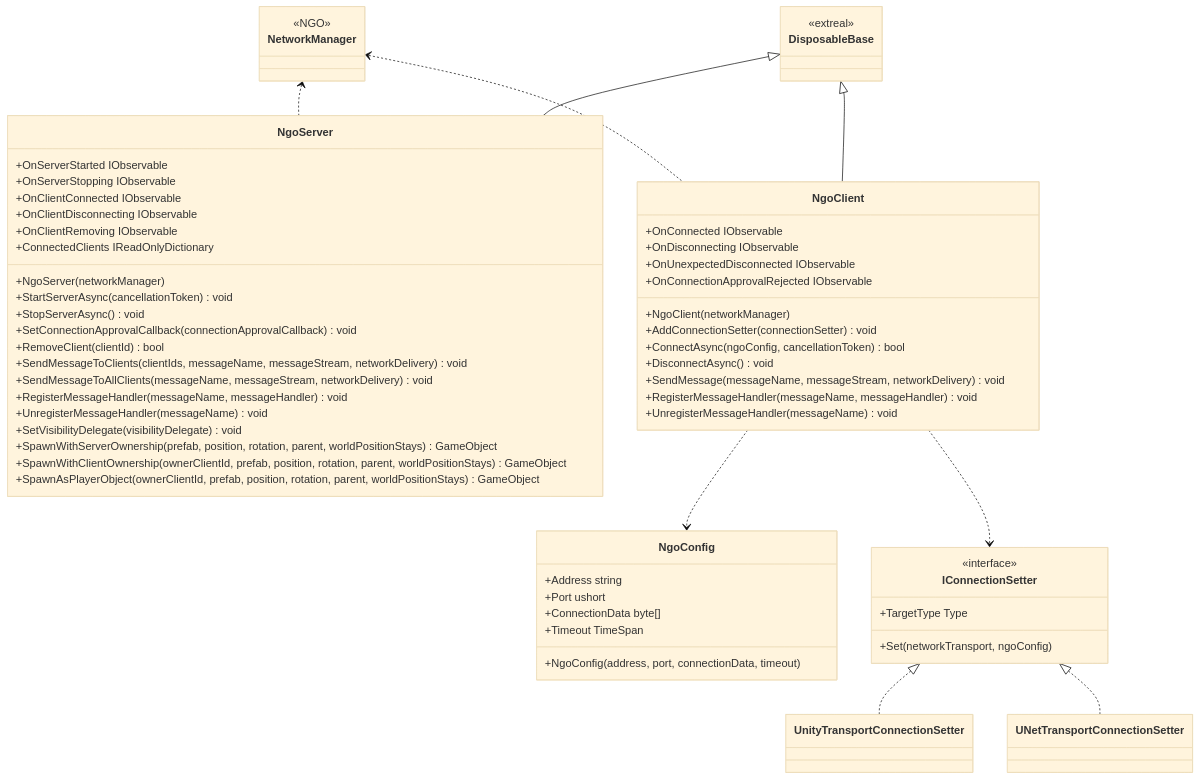
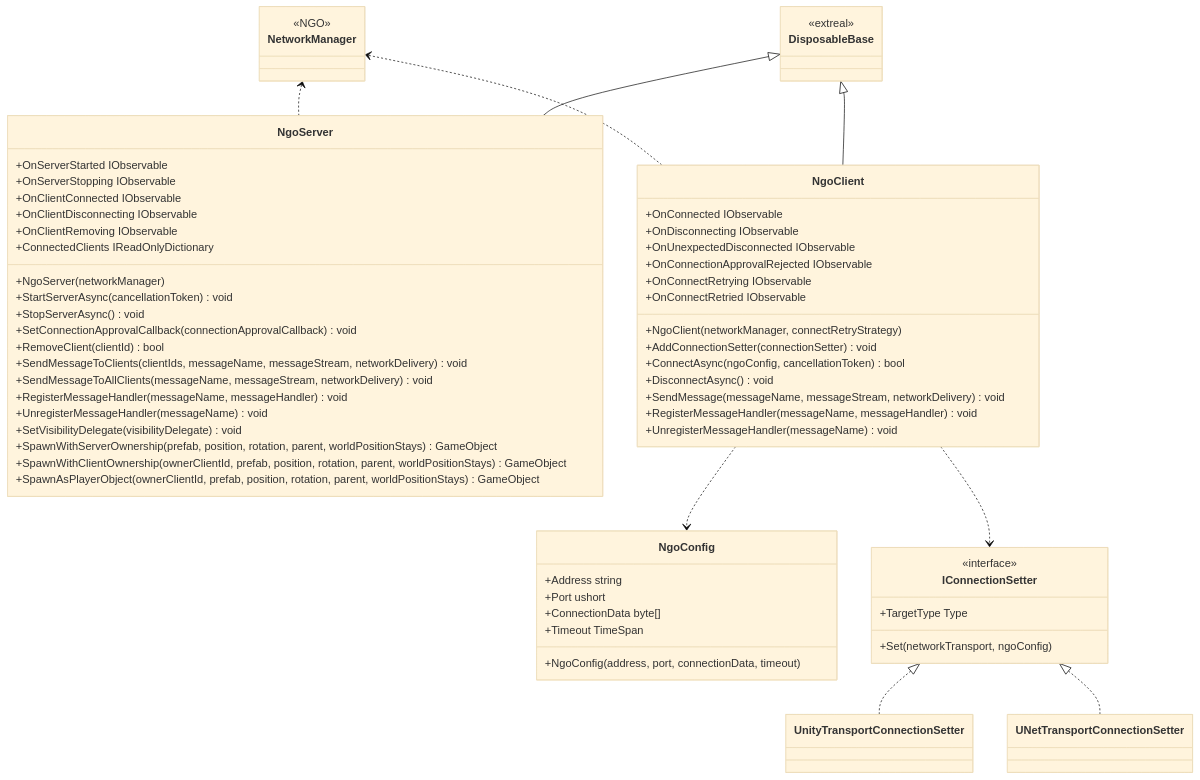
The diagram in docs/integration/multiplay.ngo.md (extreal-dev/Extreal.Guide), drawn with Mermaid (base theme) before and after one commit. The commit also changed other lines of this file and 9 other files, not shown here.

````diff
--- a/docs/integration/multiplay.ngo.md
+++ b/docs/integration/multiplay.ngo.md
@@ -69,76 +69,78 @@
 ```mermaid
 classDiagram
 
     NetworkManager <.. NgoServer
     NetworkManager <.. NgoClient
     NgoClient ..> NgoConfig
     NgoClient ..> IConnectionSetter
     IConnectionSetter <|.. UnityTransportConnectionSetter
     IConnectionSetter <|.. UNetTransportConnectionSetter
     DisposableBase <|-- NgoServer
     DisposableBase <|-- NgoClient
 
     class NetworkManager {
         <<NGO>>
     }
 
     class NgoServer {
         +OnServerStarted IObservable
         +OnServerStopping IObservable
         +OnClientConnected IObservable
         +OnClientDisconnecting IObservable
         +OnClientRemoving IObservable
         +ConnectedClients IReadOnlyDictionary
         +NgoServer(networkManager)
         +StartServerAsync(cancellationToken) void
         +StopServerAsync() void
         +SetConnectionApprovalCallback(connectionApprovalCallback) void
         +RemoveClient(clientId) bool
         +SendMessageToClients(clientIds, messageName, messageStream, networkDelivery) void
         +SendMessageToAllClients(messageName, messageStream, networkDelivery) void
         +RegisterMessageHandler(messageName, messageHandler) void
         +UnregisterMessageHandler(messageName) void
         +SetVisibilityDelegate(visibilityDelegate) void
         +SpawnWithServerOwnership(prefab, position, rotation, parent, worldPositionStays) GameObject
         +SpawnWithClientOwnership(ownerClientId, prefab, position, rotation, parent, worldPositionStays) GameObject
         +SpawnAsPlayerObject(ownerClientId, prefab, position, rotation, parent, worldPositionStays) GameObject
     }
 
     class NgoClient {
         +OnConnected IObservable
         +OnDisconnecting IObservable
         +OnUnexpectedDisconnected IObservable
         +OnConnectionApprovalRejected IObservable
-        +NgoClient(networkManager)
+        +OnConnectRetrying IObservable
+        +OnConnectRetried IObservable
+        +NgoClient(networkManager, connectRetryStrategy)
         +AddConnectionSetter(connectionSetter) void
         +ConnectAsync(ngoConfig, cancellationToken) bool
         +DisconnectAsync() void
         +SendMessage(messageName, messageStream, networkDelivery) void
         +RegisterMessageHandler(messageName, messageHandler) void
         +UnregisterMessageHandler(messageName) void
     }
 
     class NgoConfig {
         +Address string
         +Port ushort
         +ConnectionData byte[]
         +Timeout TimeSpan
         +NgoConfig(address, port, connectionData, timeout)
     }
 
     class IConnectionSetter {
         <<interface>>
         +TargetType Type
         +Set(networkTransport, ngoConfig)
     }
 
     class UnityTransportConnectionSetter {
     }
 
     class UNetTransportConnectionSetter {
     }
 
     class DisposableBase {
         <<extreal>>
     }
 ```
````
